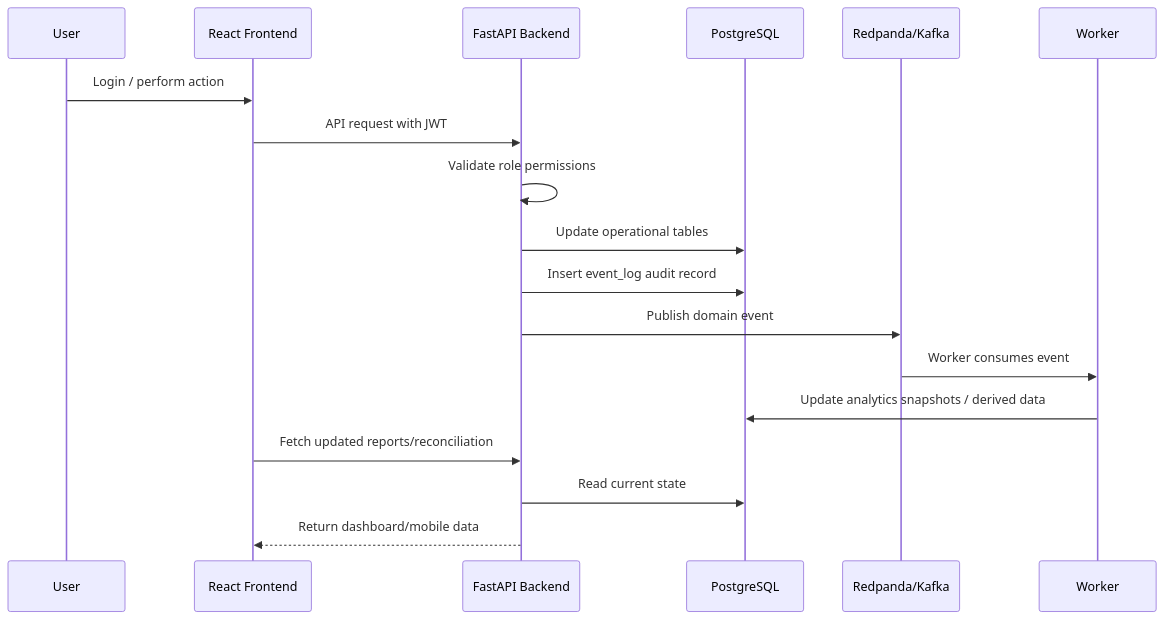
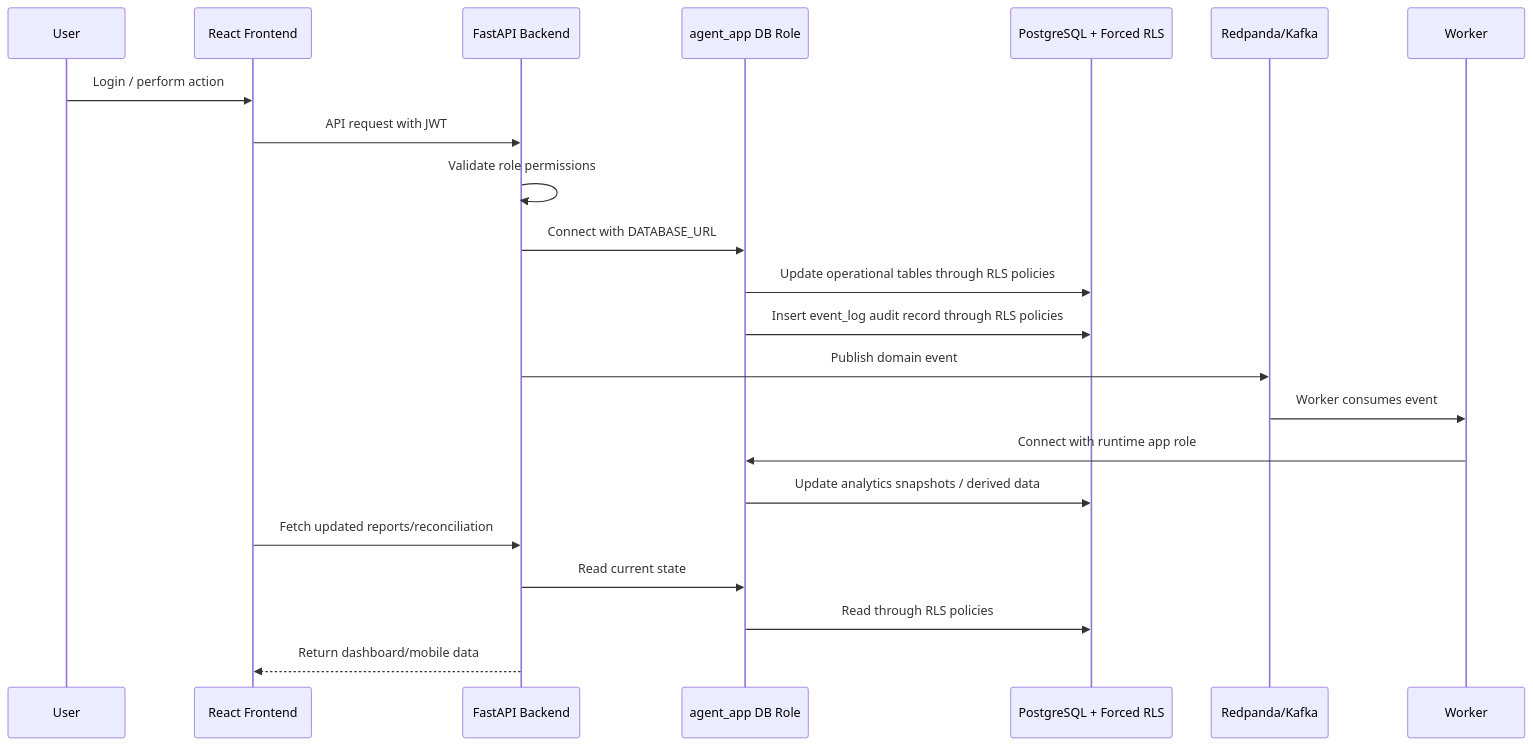
Before and after one commit to waigisteve/agent-network-infra-sim: the second of 4 diagrams in docs/architecture.md, drawn with Mermaid. The commit also changed other lines of this file and 1 other file, not shown here.

Commit message:
Update architecture diagrams for database security

````diff
--- a/docs/architecture.md
+++ b/docs/architecture.md
@@ -194,21 +219,25 @@
 ```mermaid
 sequenceDiagram
     participant U as User
     participant FE as React Frontend
     participant API as FastAPI Backend
-    participant DB as PostgreSQL
+    participant APP as agent_app DB Role
+    participant DB as PostgreSQL + Forced RLS
     participant K as Redpanda/Kafka
     participant W as Worker
 
     U->>FE: Login / perform action
     FE->>API: API request with JWT
     API->>API: Validate role permissions
-    API->>DB: Update operational tables
-    API->>DB: Insert event_log audit record
+    API->>APP: Connect with DATABASE_URL
+    APP->>DB: Update operational tables through RLS policies
+    APP->>DB: Insert event_log audit record through RLS policies
     API->>K: Publish domain event
     K->>W: Worker consumes event
-    W->>DB: Update analytics snapshots / derived data
+    W->>APP: Connect with runtime app role
+    APP->>DB: Update analytics snapshots / derived data
     FE->>API: Fetch updated reports/reconciliation
-    API->>DB: Read current state
+    API->>APP: Read current state
+    APP->>DB: Read through RLS policies
     API-->>FE: Return dashboard/mobile data
 ```
````
